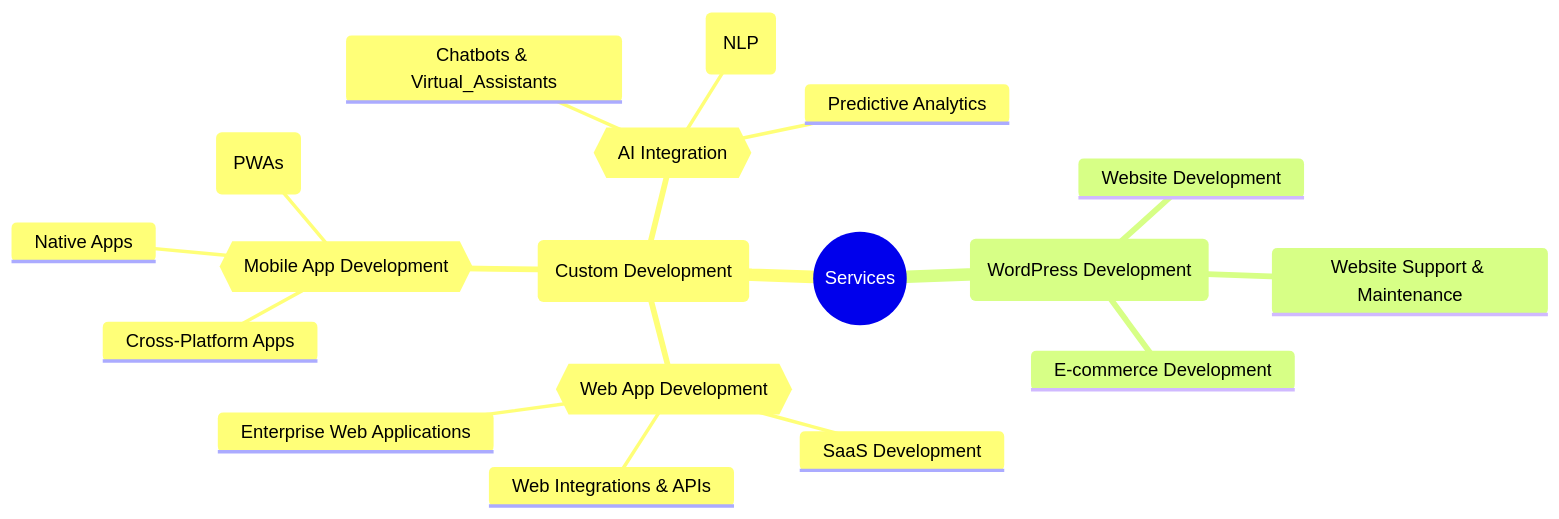
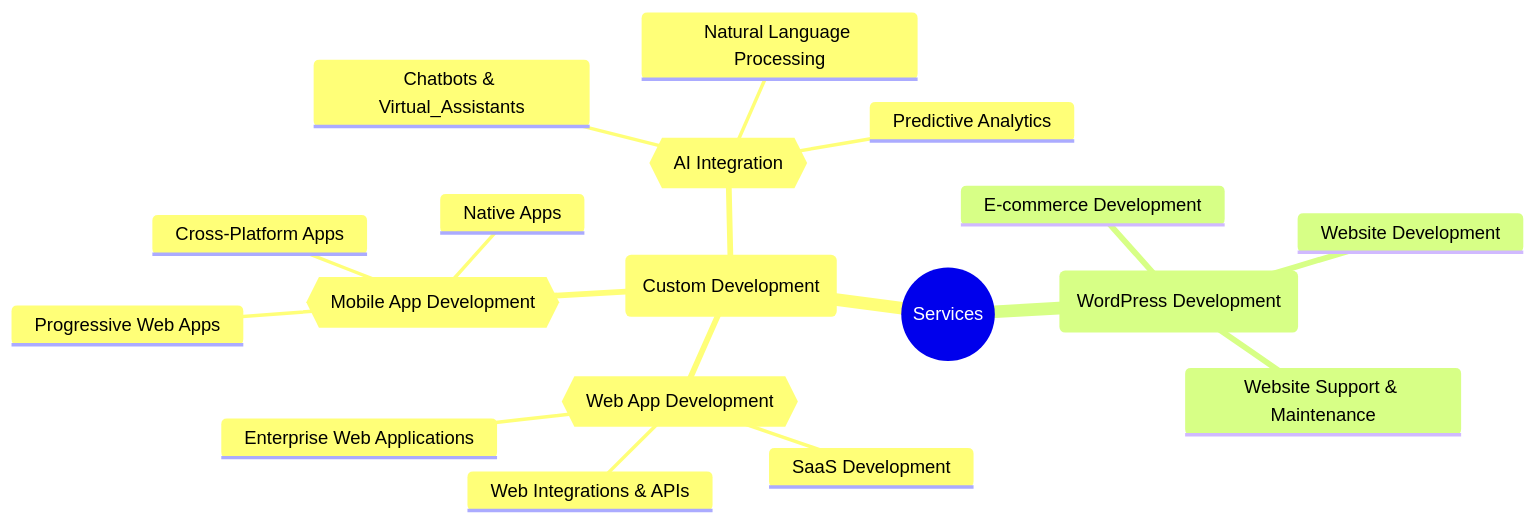
One commit to outsoarph/.github changed the diagram in profile/SERVICES.md. Above: the diagram before and after it, drawn with Mermaid.

Commit message:
Refactor SERVICES.md mindmap to improve formatting of service categories and descriptions

````diff
--- a/profile/SERVICES.md
+++ b/profile/SERVICES.md
@@ -3,21 +3,21 @@
 ```mermaid
 mindmap
   root((Services))
     Custom_Development(Custom Development)
       Web_App_Development{{Web App Development}}
         SaaS Development
         Enterprise Web Applications
         Web Integrations & APIs
       Mobile_App_Development{{Mobile App Development}}
         Cross-Platform Apps
         Native Apps
-        Progressive Web Apps (PWAs)
+        Progressive Web Apps
       AI_Integration{{AI Integration}}
         Chatbots & Virtual_Assistants
         Predictive Analytics
-        Natural Language Processing (NLP)
+        Natural Language Processing
     WordPress_Development(WordPress Development)
       Website Development
       E-commerce Development
       Website Support & Maintenance
 ```
````
